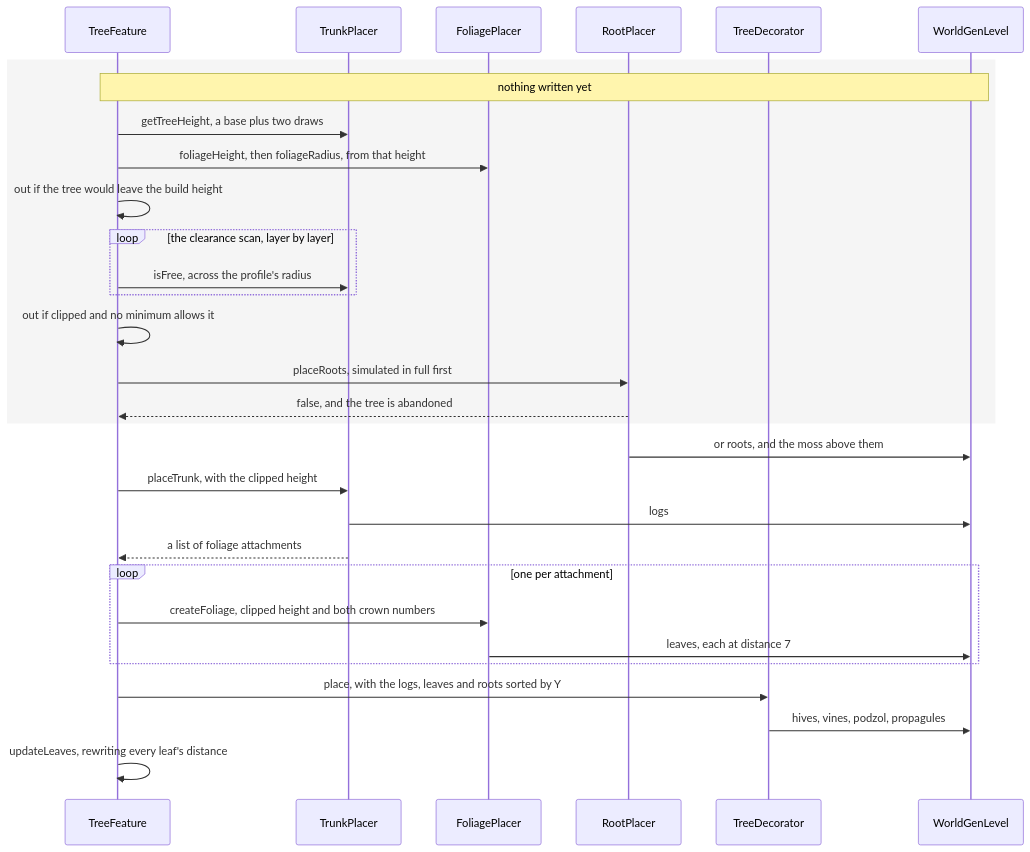
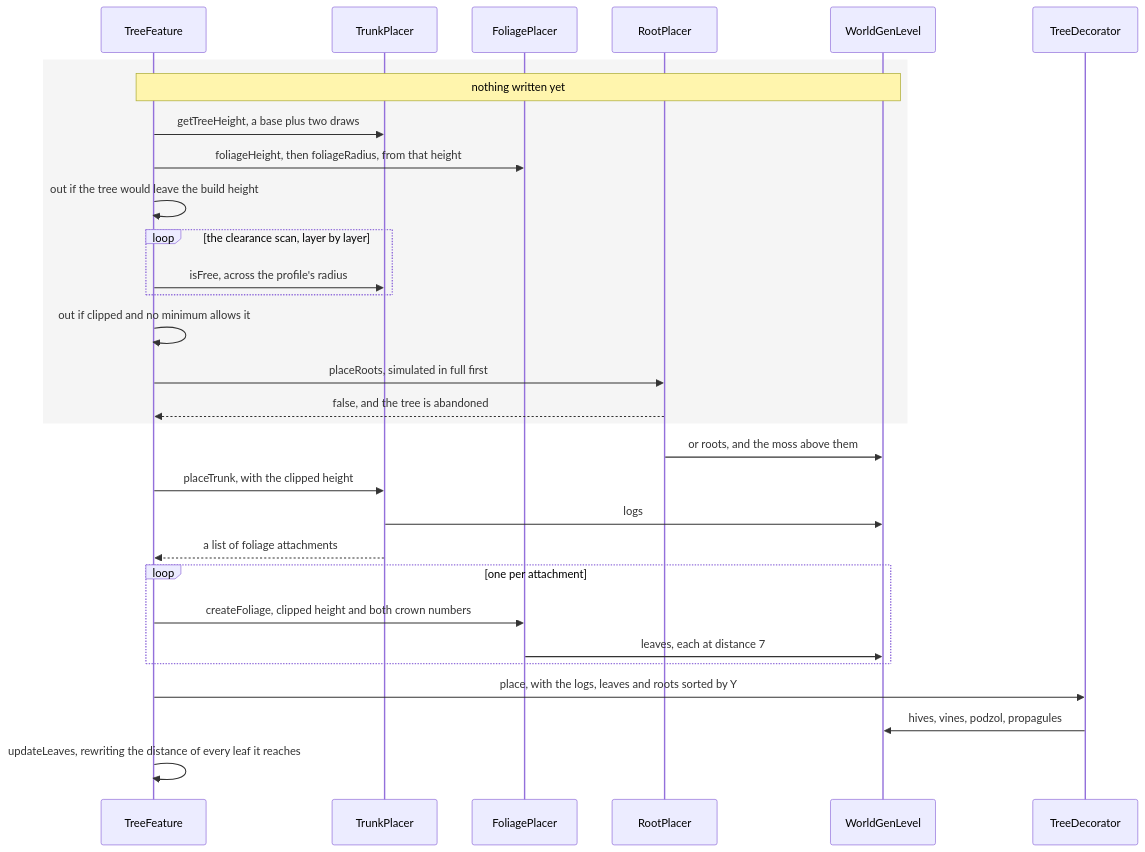
The diagram in src/systems/worldgen/trees.md (AlexanderjFraser/MinecraftDocs), drawn with Mermaid before and after one commit. The commit also changed other lines of this file and 25 other files, not shown here.

````diff
--- a/src/systems/worldgen/trees.md
+++ b/src/systems/worldgen/trees.md
@@ -50,33 +50,33 @@
 ```mermaid
 sequenceDiagram
     participant TF as TreeFeature
     participant TP as TrunkPlacer
     participant FolP as FoliagePlacer
     participant RootP as RootPlacer
+    participant WGL as WorldGenLevel
     participant TDec as TreeDecorator
-    participant WGL as WorldGenLevel
 
     rect rgba(0, 0, 0, 0.04)
     Note over TF,WGL: nothing written yet
     TF->>TP: getTreeHeight, a base plus two draws
     TF->>FolP: foliageHeight, then foliageRadius, from that height
     TF->>TF: out if the tree would leave the build height
     loop the clearance scan, layer by layer
         TF->>TP: isFree, across the profile's radius
     end
     TF->>TF: out if clipped and no minimum allows it
     TF->>RootP: placeRoots, simulated in full first
     RootP-->>TF: false, and the tree is abandoned
     end
     RootP->>WGL: or roots, and the moss above them
     TF->>TP: placeTrunk, with the clipped height
     TP->>WGL: logs
     TP-->>TF: a list of foliage attachments
     loop one per attachment
         TF->>FolP: createFoliage, clipped height and both crown numbers
         FolP->>WGL: leaves, each at distance 7
     end
     TF->>TDec: place, with the logs, leaves and roots sorted by Y
     TDec->>WGL: hives, vines, podzol, propagules
-    TF->>TF: updateLeaves, rewriting every leaf's distance
+    TF->>TF: updateLeaves, rewriting the distance of every leaf it reaches
 ```
````
